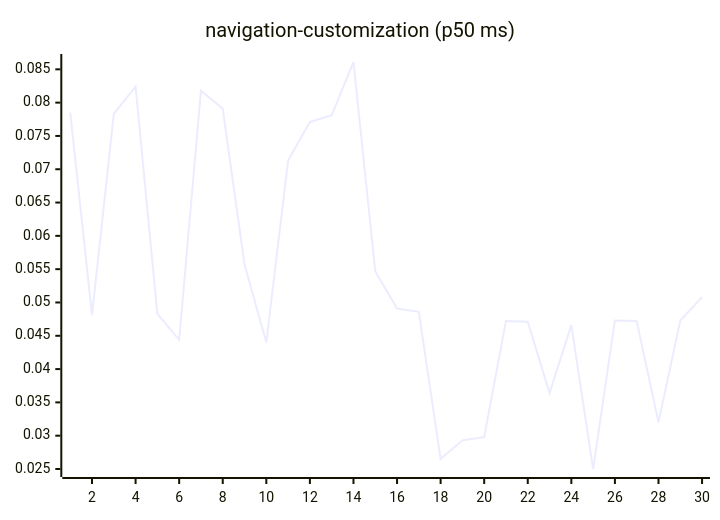
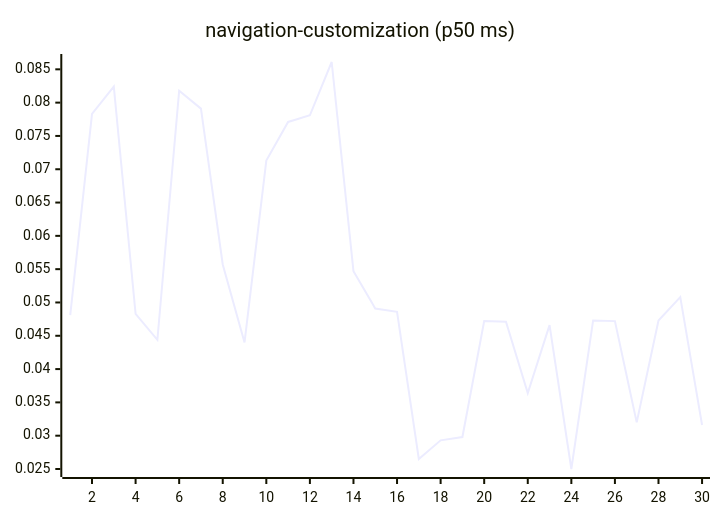
Before and after one commit to josha/Facet: diagram 15 of 27 in README.md, drawn with Mermaid. The commit also changed other lines of this file and 2 other files, not shown here.

````diff
--- a/README.md
+++ b/README.md
@@ -161,6 +161,6 @@
 ```mermaid
 xychart-beta
     title "navigation-customization (p50 ms)"
     x-axis 1 --> 30
-    line [0.0785, 0.0481, 0.0783, 0.0824, 0.0483, 0.0444, 0.0818, 0.0791, 0.0557, 0.0440, 0.0713, 0.0771, 0.0781, 0.0861, 0.0547, 0.0491, 0.0486, 0.0265, 0.0293, 0.0298, 0.0472, 0.0471, 0.0364, 0.0466, 0.0250, 0.0473, 0.0472, 0.0320, 0.0473, 0.0508]
+    line [0.0481, 0.0783, 0.0824, 0.0483, 0.0444, 0.0818, 0.0791, 0.0557, 0.0440, 0.0713, 0.0771, 0.0781, 0.0861, 0.0547, 0.0491, 0.0486, 0.0265, 0.0293, 0.0298, 0.0472, 0.0471, 0.0364, 0.0466, 0.0250, 0.0473, 0.0472, 0.0320, 0.0473, 0.0508, 0.0316]
 ```
````
